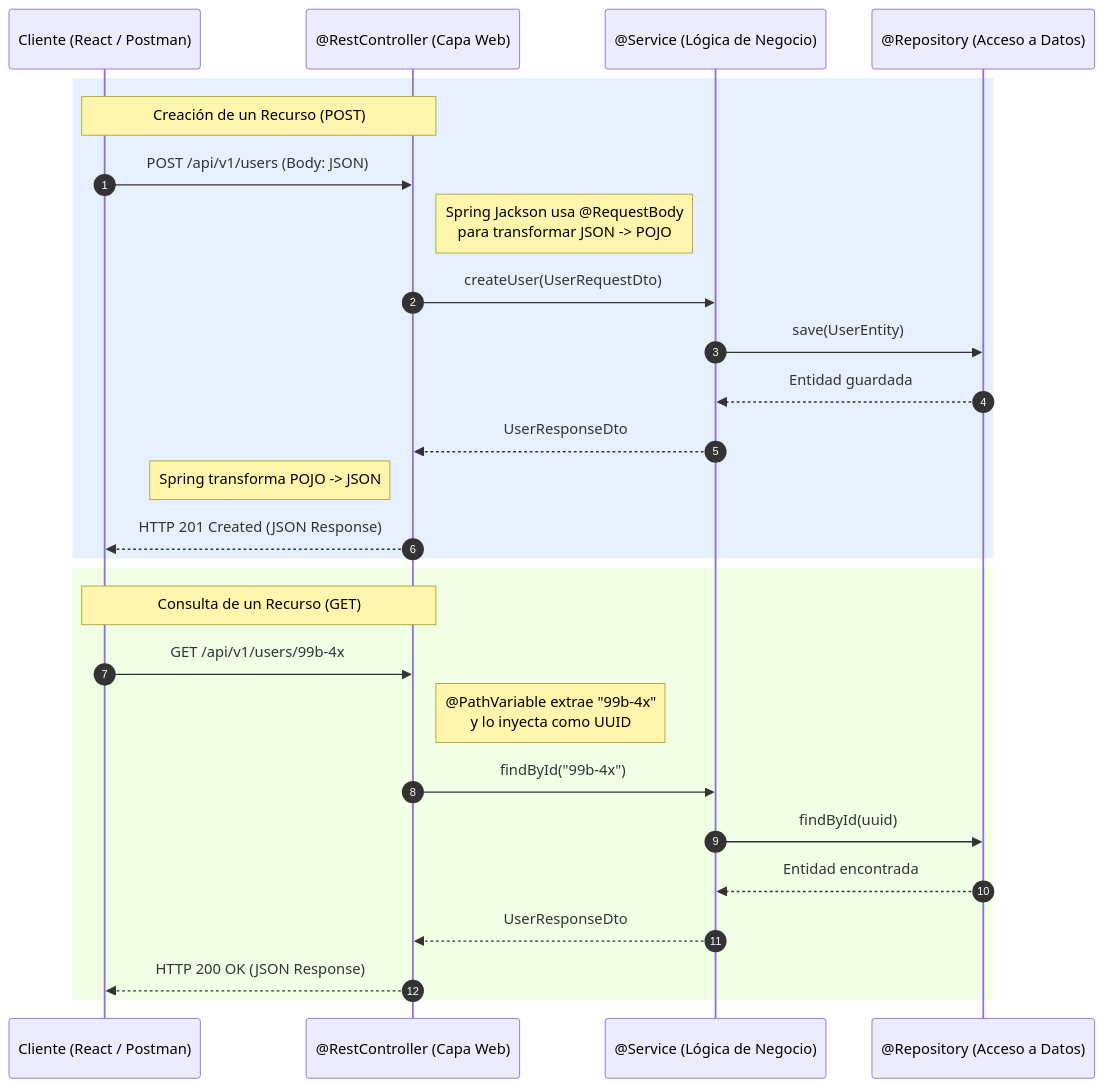
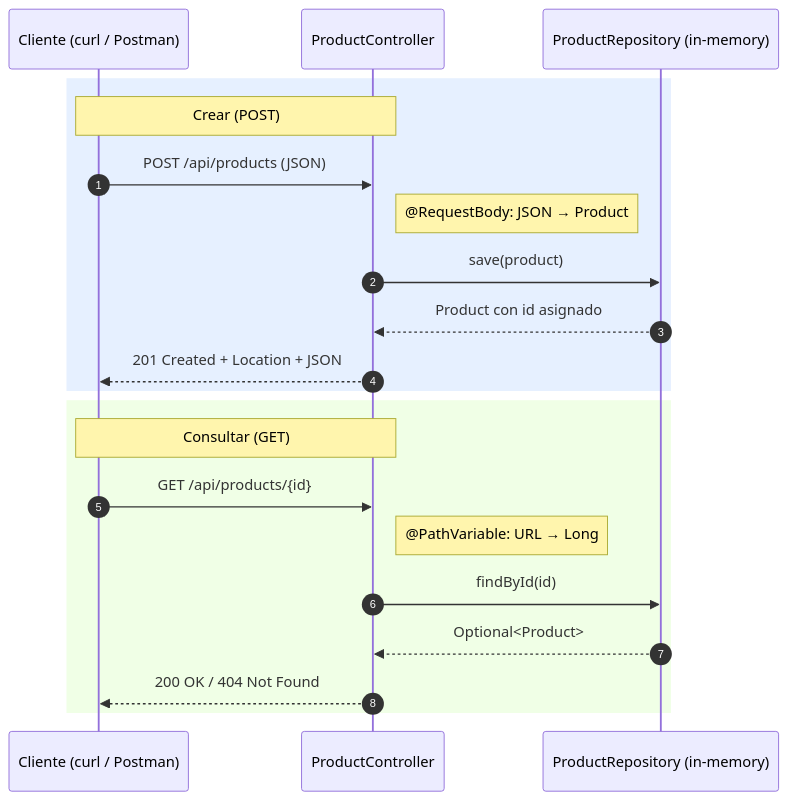
One commit to edgardo001/spring-v4-mastery-roadmap changed the diagram in 04-spring-mvc-rest/README.md. Above: the diagram before and after it, drawn with Mermaid. The commit also changed other lines of this file and 10 other files, not shown here.

First line of the commit message:
feat(04): Spring MVC REST CRUD with ResponseEntity, PathVariable and RequestBody

````diff
--- a/04-spring-mvc-rest/README.md
+++ b/04-spring-mvc-rest/README.md
@@ -15,31 +15,25 @@
 ```mermaid
 sequenceDiagram
     autonumber
-    participant Client as Cliente (React / Postman)
-    participant Controller as @RestController (Capa Web)
-    participant Service as @Service (Lógica de Negocio)
-    participant Repository as @Repository (Acceso a Datos)
-    
+    participant Client as Cliente (curl / Postman)
+    participant Controller as ProductController
+    participant Repository as ProductRepository (in-memory)
+
     rect rgb(230, 240, 255)
-        Note over Client,Controller: Creación de un Recurso (POST)
-        Client->>Controller: POST /api/v1/users (Body: JSON)
-        Note right of Controller: Spring Jackson usa @RequestBody<br/>para transformar JSON -> POJO
-        Controller->>Service: createUser(UserRequestDto)
-        Service->>Repository: save(UserEntity)
-        Repository-->>Service: Entidad guardada
-        Service-->>Controller: UserResponseDto
-        Note left of Controller: Spring transforma POJO -> JSON
-        Controller-->>Client: HTTP 201 Created (JSON Response)
+        Note over Client,Controller: Crear (POST)
+        Client->>Controller: POST /api/products (JSON)
+        Note right of Controller: @RequestBody: JSON → Product
+        Controller->>Repository: save(product)
+        Repository-->>Controller: Product con id asignado
+        Controller-->>Client: 201 Created + Location + JSON
     end
 
     rect rgb(240, 255, 230)
-        Note over Client,Controller: Consulta de un Recurso (GET)
-        Client->>Controller: GET /api/v1/users/99b-4x
-        Note right of Controller: @PathVariable extrae "99b-4x"<br/>y lo inyecta como UUID
-        Controller->>Service: findById("99b-4x")
-        Service->>Repository: findById(uuid)
-        Repository-->>Service: Entidad encontrada
-        Service-->>Controller: UserResponseDto
-        Controller-->>Client: HTTP 200 OK (JSON Response)
+        Note over Client,Controller: Consultar (GET)
+        Client->>Controller: GET /api/products/{id}
+        Note right of Controller: @PathVariable: URL → Long
+        Controller->>Repository: findById(id)
+        Repository-->>Controller: Optional<Product>
+        Controller-->>Client: 200 OK / 404 Not Found
     end
 ```
````
